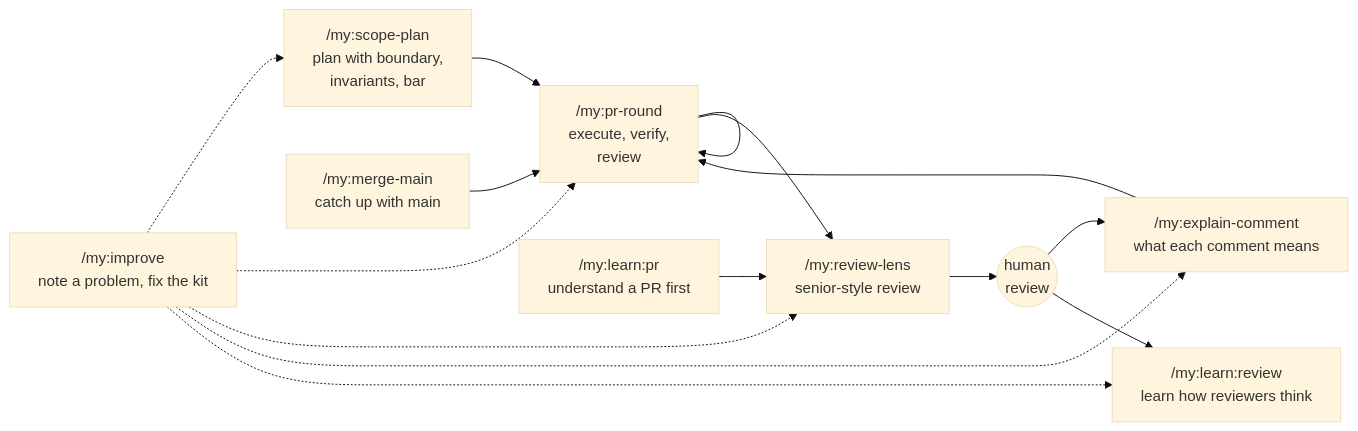
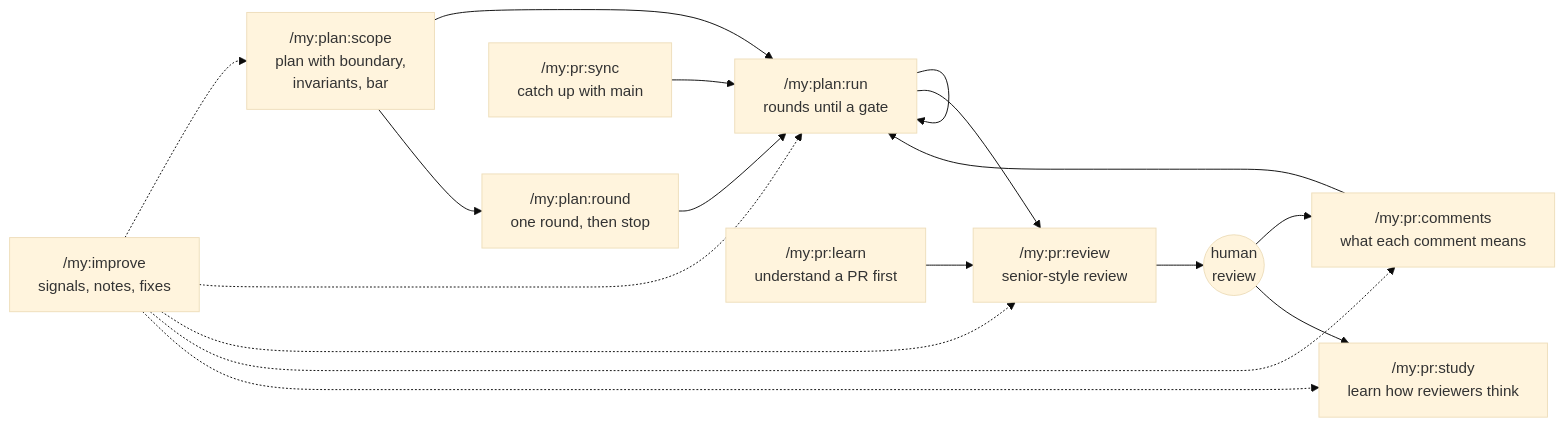
The diagram in README.md (lorenzocadamuro/my-agent-kit), drawn with Mermaid (base theme) before and after one commit. The commit also changed other lines of this file and 14 other files, not shown here.

First line of the commit message:
Release 3.0.0: commands by object, plan:run, the status line

````diff
--- a/README.md
+++ b/README.md
@@ -21,13 +23,15 @@
 ```mermaid
 flowchart LR
-    A["/my:scope-plan<br/>plan with boundary,<br/>invariants, bar"] --> B["/my:pr-round<br/>execute, verify,<br/>review"]
-    B --> B
-    M["/my:merge-main<br/>catch up with main"] --> B
-    B --> L["/my:review-lens<br/>senior-style review"]
-    R["/my:learn:pr<br/>understand a PR first"] --> L
-    L --> H(("human<br/>review"))
-    H --> E["/my:explain-comment<br/>what each comment means"]
-    E --> B
-    H --> S["/my:learn:review<br/>learn how reviewers think"]
-    I["/my:improve<br/>note a problem, fix the kit"] -.-> A & B & L & E & S
+    A["/my:plan:scope<br/>plan with boundary,<br/>invariants, bar"] --> R["/my:plan:run<br/>rounds until a gate"]
+    A --> O["/my:plan:round<br/>one round, then stop"]
+    O --> R
+    R --> R
+    Y["/my:pr:sync<br/>catch up with main"] --> R
+    R --> V["/my:pr:review<br/>senior-style review"]
+    N["/my:pr:learn<br/>understand a PR first"] --> V
+    V --> H(("human<br/>review"))
+    H --> C["/my:pr:comments<br/>what each comment means"]
+    C --> R
+    H --> S["/my:pr:study<br/>learn how reviewers think"]
+    I["/my:improve<br/>signals, notes, fixes"] -.-> A & R & V & C & S
 ```
````
